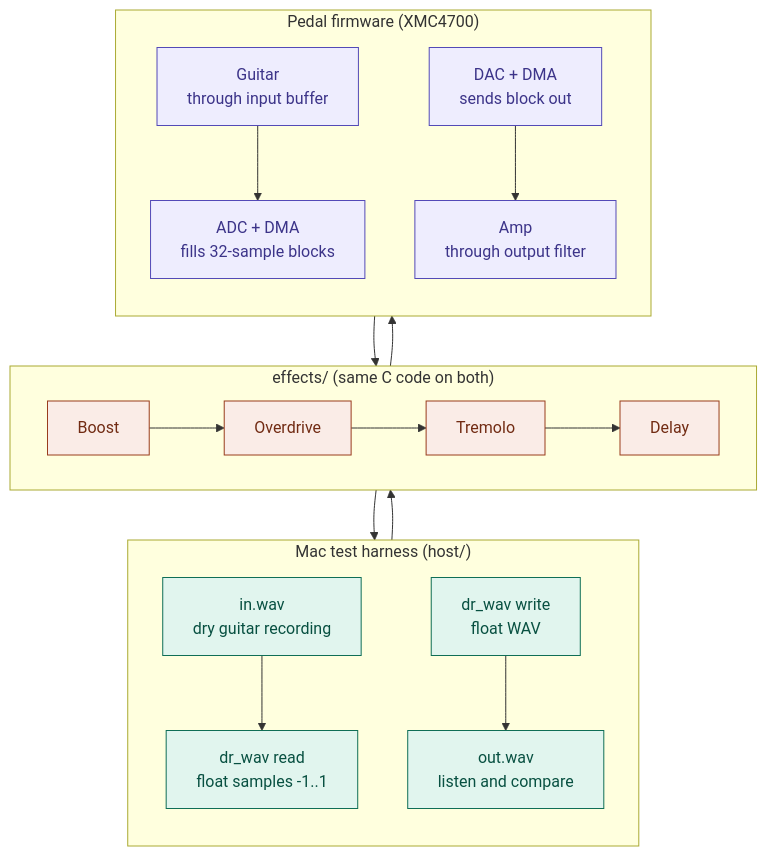
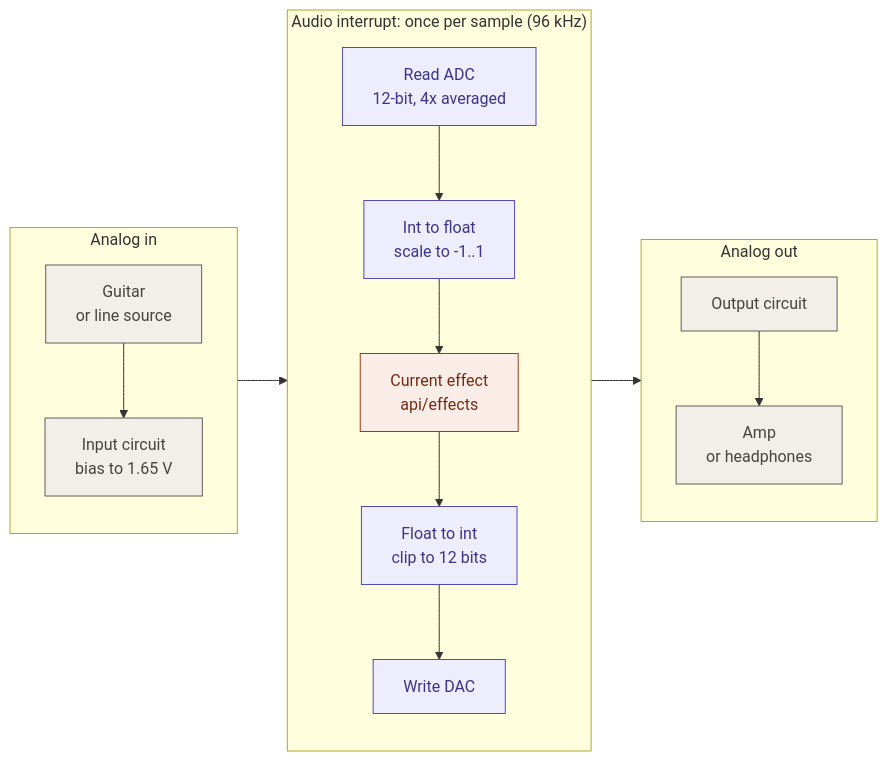
One commit to Shash0watt/The-ISMA-Guitar-Pedal changed the first of 2 diagrams in docs/dataflow.md. Above: the diagram before and after it, drawn with Mermaid. The commit also changed other lines of this file and 2 other files, not shown here.

````diff
--- a/docs/dataflow.md
+++ b/docs/dataflow.md
@@ -11,31 +14,30 @@
 ```mermaid
-flowchart TB
-    subgraph mac["Mac test harness (host/)"]
+flowchart LR
+    subgraph analog_in["Analog in"]
         direction TB
-        inwav["in.wav<br/>dry guitar recording"] --> rd["dr_wav read<br/>float samples -1..1"]
-        wr["dr_wav write<br/>float WAV"] --> outwav["out.wav<br/>listen and compare"]
+        source["Guitar<br/>or line source"] --> bias["Input circuit<br/>bias to 1.65 V"]
     end
 
-    subgraph fx["effects/ (same C code on both)"]
-        direction LR
-        boost["Boost"] --> od["Overdrive"] --> trem["Tremolo"] --> dly["Delay"]
+    subgraph interrupt["Audio interrupt: once per sample (96 kHz)"]
+        direction TB
+        adc["Read ADC<br/>12-bit, 4x averaged"] --> to_float["Int to float<br/>scale to -1..1"]
+        to_float --> effect["Current effect<br/>api/effects"]
+        effect --> to_int["Float to int<br/>clip to 12 bits"]
+        to_int --> dac["Write DAC"]
     end
 
-    subgraph pedal["Pedal firmware (XMC4700)"]
+    subgraph analog_out["Analog out"]
         direction TB
-        guitar["Guitar<br/>through input buffer"] --> adc["ADC + DMA<br/>fills 32-sample blocks"]
-        dac["DAC + DMA<br/>sends block out"] --> amp["Amp<br/>through output filter"]
+        output["Output circuit"] --> amp["Amp<br/>or headphones"]
     end
 
-    rd --> boost
-    adc --> boost
-    dly --> wr
-    dly --> dac
+    bias --> adc
+    dac --> output
 
-    classDef host fill:#E1F5EE,stroke:#0F6E56,color:#085041
-    classDef fw fill:#EEEDFE,stroke:#534AB7,color:#3C3489
-    classDef shared fill:#FAECE7,stroke:#993C1D,color:#712B13
-    class inwav,rd,wr,outwav host
-    class guitar,adc,dac,amp fw
-    class boost,od,trem,dly shared
+    classDef analog fill:#F1EFE8,stroke:#5F5E5A,color:#444441
+    classDef firmware fill:#EEEDFE,stroke:#534AB7,color:#3C3489
+    classDef effects fill:#FAECE7,stroke:#993C1D,color:#712B13
+    class source,bias,output,amp analog
+    class adc,to_float,to_int,dac firmware
+    class effect effects
 ```
````
